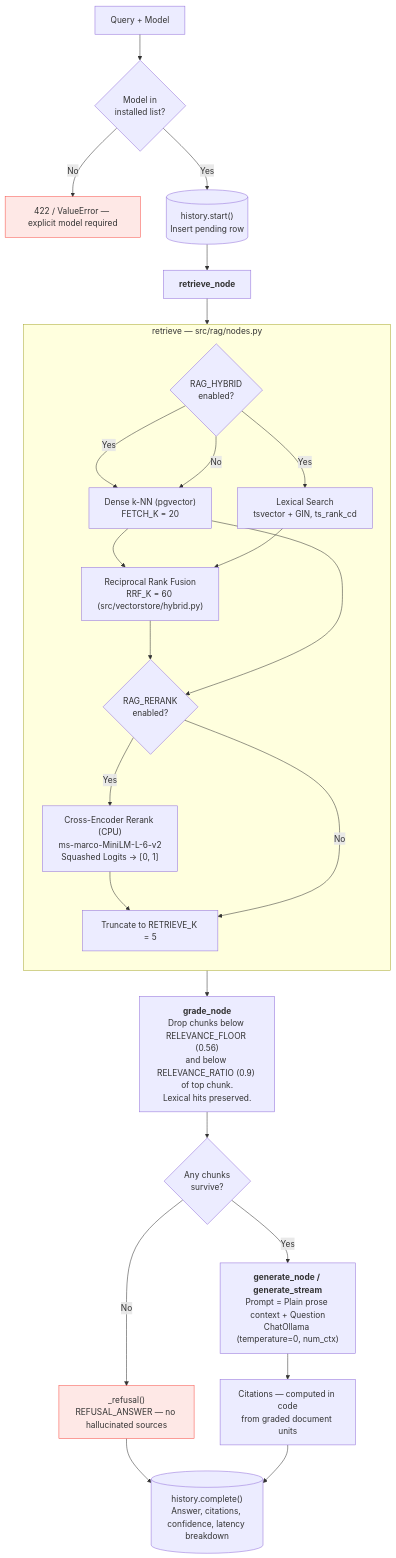
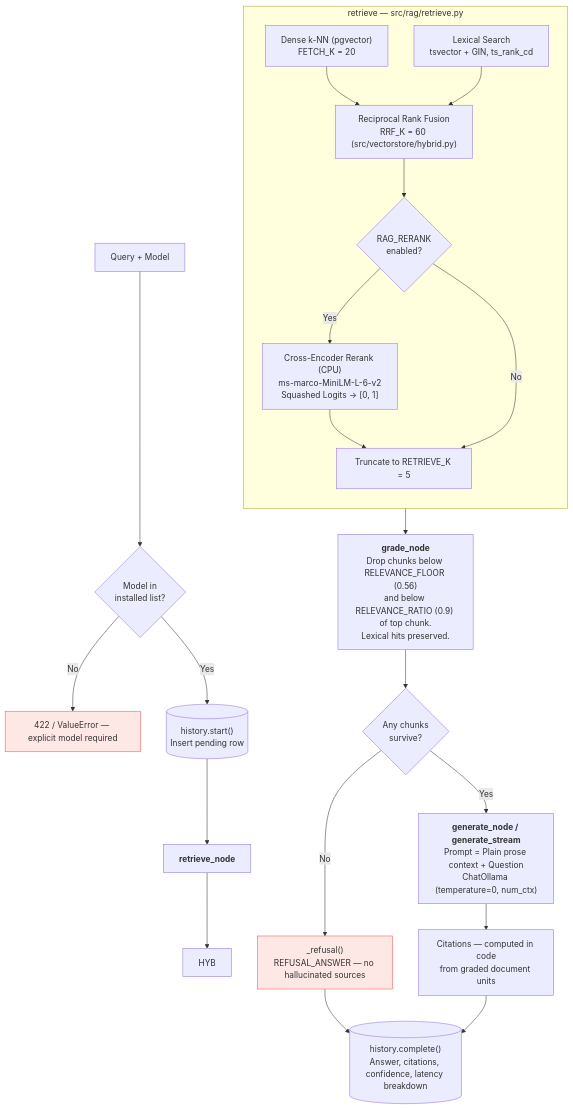
One commit to sroshan106/rag-trainer changed the second of 3 diagrams in ARCHITECTURE.md. Above: the diagram before and after it, drawn with Mermaid. The commit also changed 13 other files, not shown here.

Commit message:
Refactor architecture and documentation for clarity; enhance logging and tracing capabilities in the UI

````diff
--- a/ARCHITECTURE.md
+++ b/ARCHITECTURE.md
@@ -91,41 +91,38 @@
 ```mermaid
 flowchart TD
     Q["Query + Model"] --> RESOLVE{"Model in<br/>installed list?"}
     RESOLVE -->|No| ERR["422 / ValueError — explicit model required"]
     RESOLVE -->|Yes| HIST[("history.start()<br/>Insert pending row")]
 
     HIST --> RETRIEVE["<b>retrieve_node</b>"]
 
-    subgraph R["retrieve — src/rag/nodes.py"]
+    subgraph R["retrieve — src/rag/retrieve.py"]
         direction TB
-        HYB{"RAG_HYBRID<br/>enabled?"}
         DENSE["Dense k-NN (pgvector)<br/>FETCH_K = 20"]
         LEX["Lexical Search<br/>tsvector + GIN, ts_rank_cd"]
         RRF["Reciprocal Rank Fusion<br/>RRF_K = 60 (src/vectorstore/hybrid.py)"]
         RER{"RAG_RERANK<br/>enabled?"}
         CE["Cross-Encoder Rerank (CPU)<br/>ms-marco-MiniLM-L-6-v2<br/>Squashed Logits -> [0, 1]"]
         TOPK["Truncate to RETRIEVE_K = 5"]
-        HYB -->|Yes| DENSE --> RRF
-        HYB -->|Yes| LEX --> RRF
-        HYB -->|No| DENSE
+        DENSE --> RRF
+        LEX --> RRF
         RRF --> RER
-        DENSE --> RER
         RER -->|Yes| CE --> TOPK
         RER -->|No| TOPK
     end
 
     RETRIEVE --> HYB
     TOPK --> GRADE["<b>grade_node</b><br/>Drop chunks below RELEVANCE_FLOOR (0.56)<br/>and below RELEVANCE_RATIO (0.9) of top chunk.<br/>Lexical hits preserved."]
 
     GRADE --> KEPT{"Any chunks<br/>survive?"}
     KEPT -->|No| REFUSE["_refusal()<br/>REFUSAL_ANSWER — no hallucinated sources"]
     KEPT -->|Yes| GEN["<b>generate_node / generate_stream</b><br/>Prompt = Plain prose context + Question<br/>ChatOllama (temperature=0, num_ctx)"]
 
     GEN --> CITE["Citations — computed in code<br/>from graded document units"]
 
     REFUSE --> DONE
     CITE --> DONE[("history.complete()<br/>Answer, citations, confidence, latency breakdown")]
 
     classDef bad fill:#f8514922,stroke:#f85149
     class ERR,REFUSE bad
 ```
````
